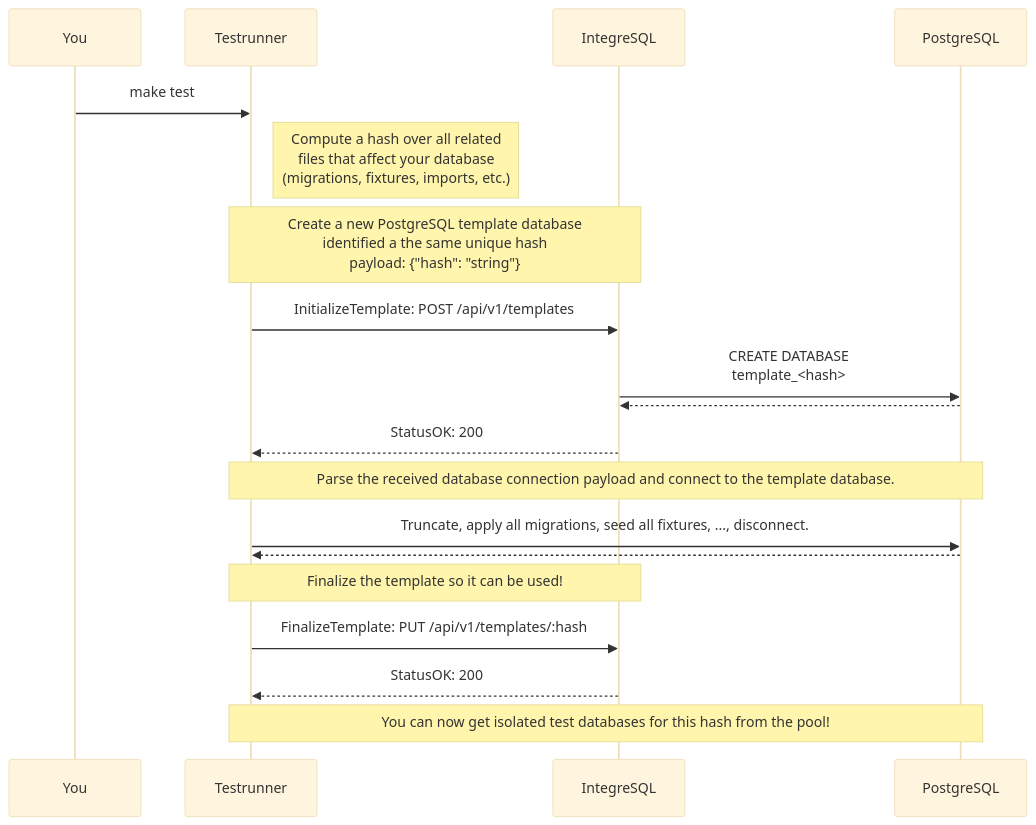
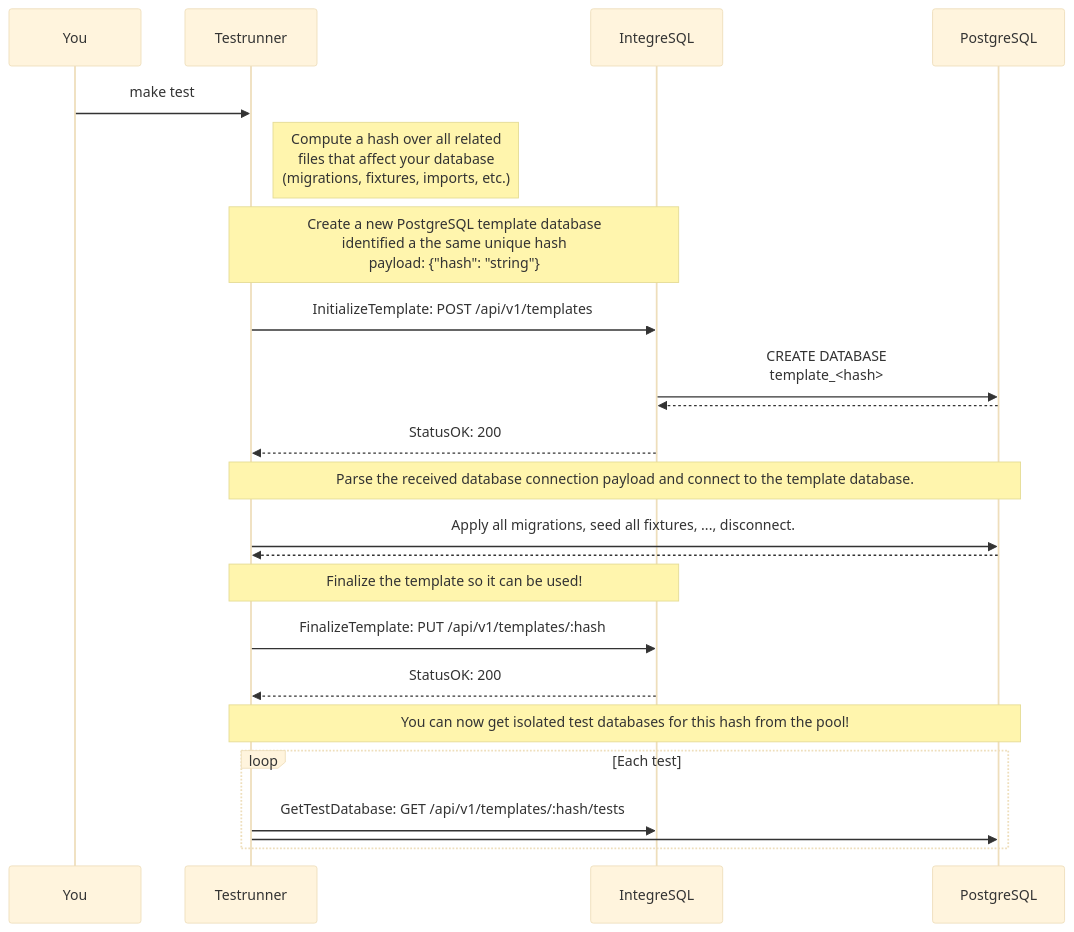
One commit to allaboutapps/integresql changed the second of 9 diagrams in README.md. Above: the diagram before and after it, drawn with Mermaid (base theme). The commit also changed other lines of this file, not shown here.

Commit message:
intro diagram

````diff
--- a/README.md
+++ b/README.md
@@ -232,27 +258,32 @@
 ```mermaid
 sequenceDiagram
     You->>Testrunner: make test
 
     Note right of Testrunner: Compute a hash over all related <br/> files that affect your database<br/> (migrations, fixtures, imports, etc.)
 
     Note over Testrunner,IntegreSQL: Create a new PostgreSQL template database<br/> identified a the same unique hash <br/>payload: {"hash": "string"} 
 
     Testrunner->>IntegreSQL: InitializeTemplate: POST /api/v1/templates
 
     IntegreSQL->>PostgreSQL: CREATE DATABASE <br/>template_<hash>
     PostgreSQL-->>IntegreSQL: 
 
     IntegreSQL-->>Testrunner: StatusOK: 200
 
     Note over Testrunner,PostgreSQL: Parse the received database connection payload and connect to the template database.
 
-    Testrunner->>PostgreSQL: Truncate, apply all migrations, seed all fixtures, ..., disconnect.
+    Testrunner->>PostgreSQL: Apply all migrations, seed all fixtures, ..., disconnect.
     PostgreSQL-->>Testrunner: 
 
     Note over Testrunner,IntegreSQL: Finalize the template so it can be used!
 
     Testrunner->>IntegreSQL: FinalizeTemplate: PUT /api/v1/templates/:hash
     IntegreSQL-->>Testrunner: StatusOK: 200
 
-    Note over Testrunner,PostgreSQL: You can now get isolated test databases for this hash from the pool! 
+    Note over Testrunner,PostgreSQL: You can now get isolated test databases for this hash from the pool!
+
+    loop Each test
+      Testrunner->>IntegreSQL: GetTestDatabase: GET /api/v1/templates/:hash/tests
+      Testrunner->>PostgreSQL: 
+    end
 ```
````
